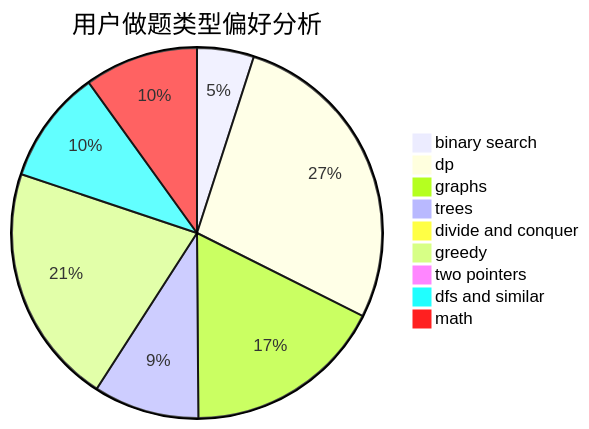
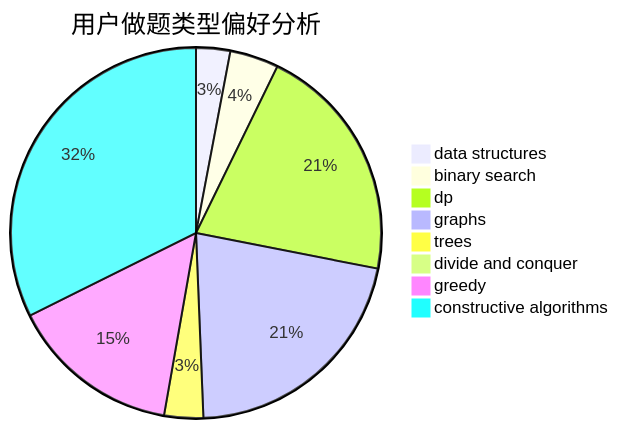
Before and after one commit to sherpahu/cfrs.github.io: the second of 3 diagrams in docs/user/u1844.md, drawn with Mermaid. The commit also changed other lines of this file and 2775 other files, not shown here.

````diff
--- a/docs/user/u1844.md
+++ b/docs/user/u1844.md
@@ -23,12 +23,11 @@
 ```mermaid
 pie title 用户做题类型偏好分析
-    "binary search" :  21
-    "dp" :  116
-    "graphs" :  74
-    "trees" :  39
+    "data structures" :  7
+    "binary search" :  10
+    "dp" :  49
+    "graphs" :  50
+    "trees" :  8
     "divide and conquer" :  0
-    "greedy" :  89
-    "two pointers" :  4
-    "dfs and similar" :  42
-    "math" :  42
+    "greedy" :  35
+    "constructive algorithms" :  76
 ```
````
